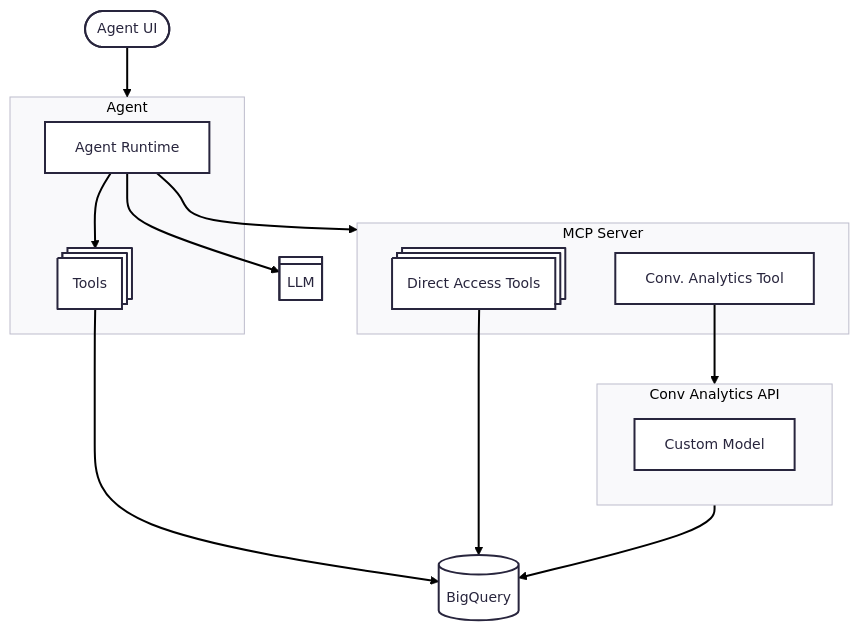
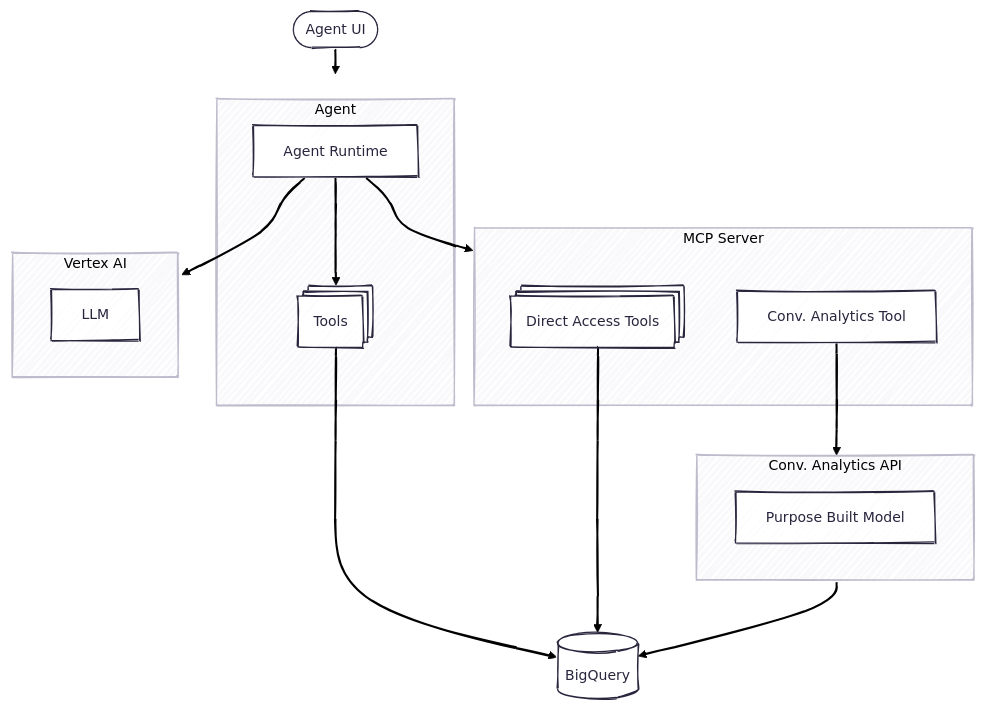
One commit to GoogleCloudPlatform/data-to-ai changed the diagram in labs/agents/ADK-and-BigQuery.md. Above: the diagram before and after it, drawn with Mermaid. The commit also changed other lines of this file, not shown here.

Commit message:
Another test of the interaction diagram for the agent lab.

````diff
--- a/labs/agents/ADK-and-BigQuery.md
+++ b/labs/agents/ADK-and-BigQuery.md
@@ -24,30 +20,33 @@
 ```mermaid
 ---
 config:
   theme: redux
   layout: dagre
+  look: handDrawn
 ---
 flowchart TD
  subgraph s1["Agent"]
         n1["Agent Runtime"]
         n2["Tools"]
   end
  subgraph s2["MCP Server"]
         n4["Direct Access Tools"]
         n5["Conv. Analytics Tool"]
   end
- subgraph s3["Conv Analytics API"]
-        n8["Custom Model"]
+ subgraph s3["Conv. Analytics API"]
+        n8["Purpose Built Model"]
+  end
+ subgraph s4["Vertex AI"]
+        n9["LLM"]
   end
     A(["Agent UI"]) --> s1
-    n1 --> n2 & n3["LLM"] & s2
+    n1 --> n2 & s2 & s4
     n2 --> n6["BigQuery"]
     n4 --> n6
     s3 --> n6
     n5 --> s3
     n2@{ shape: procs}
     n4@{ shape: procs}
     n5@{ shape: proc}
-    n3@{ shape: div-proc}
     n6@{ shape: db}
 ```
````
